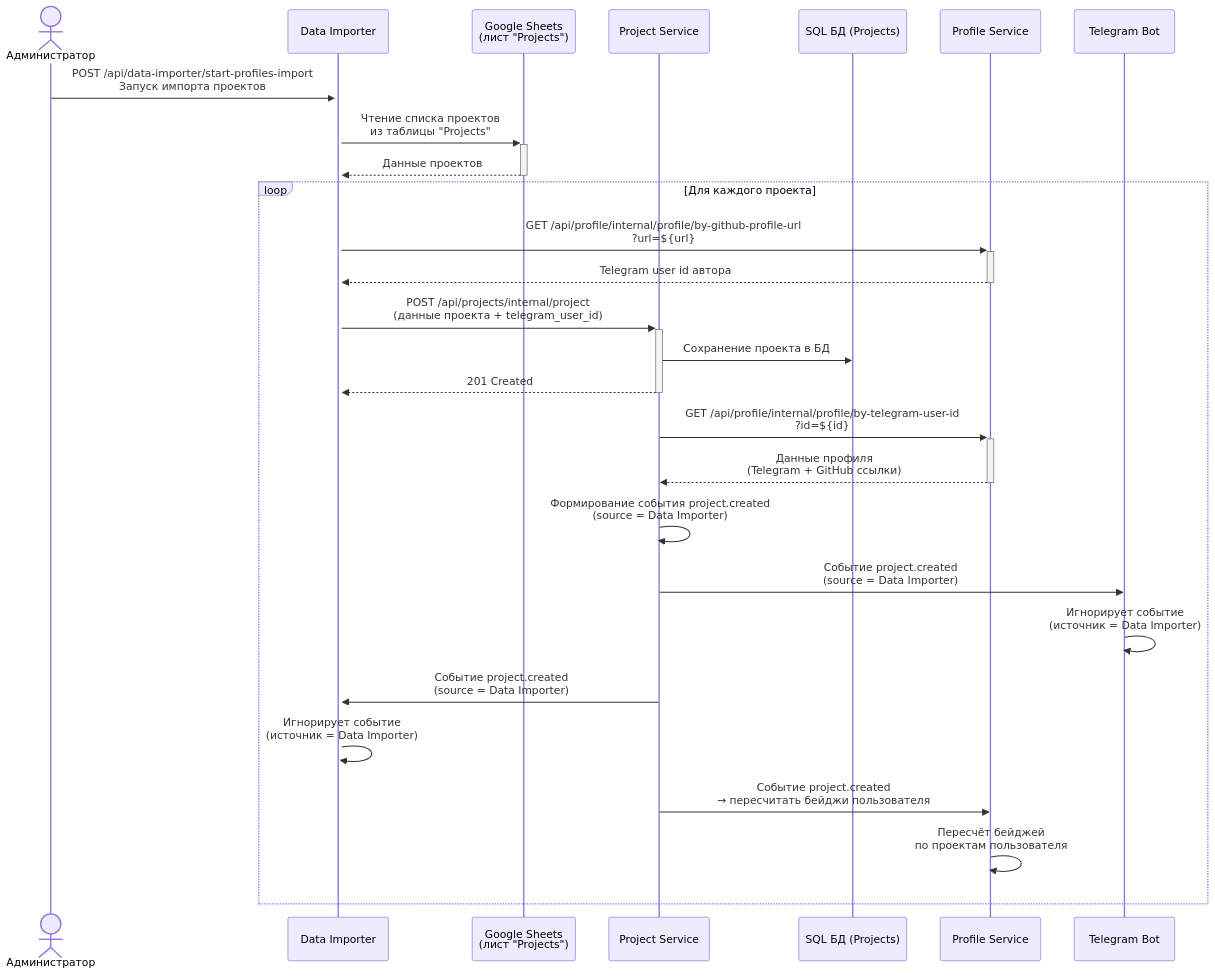
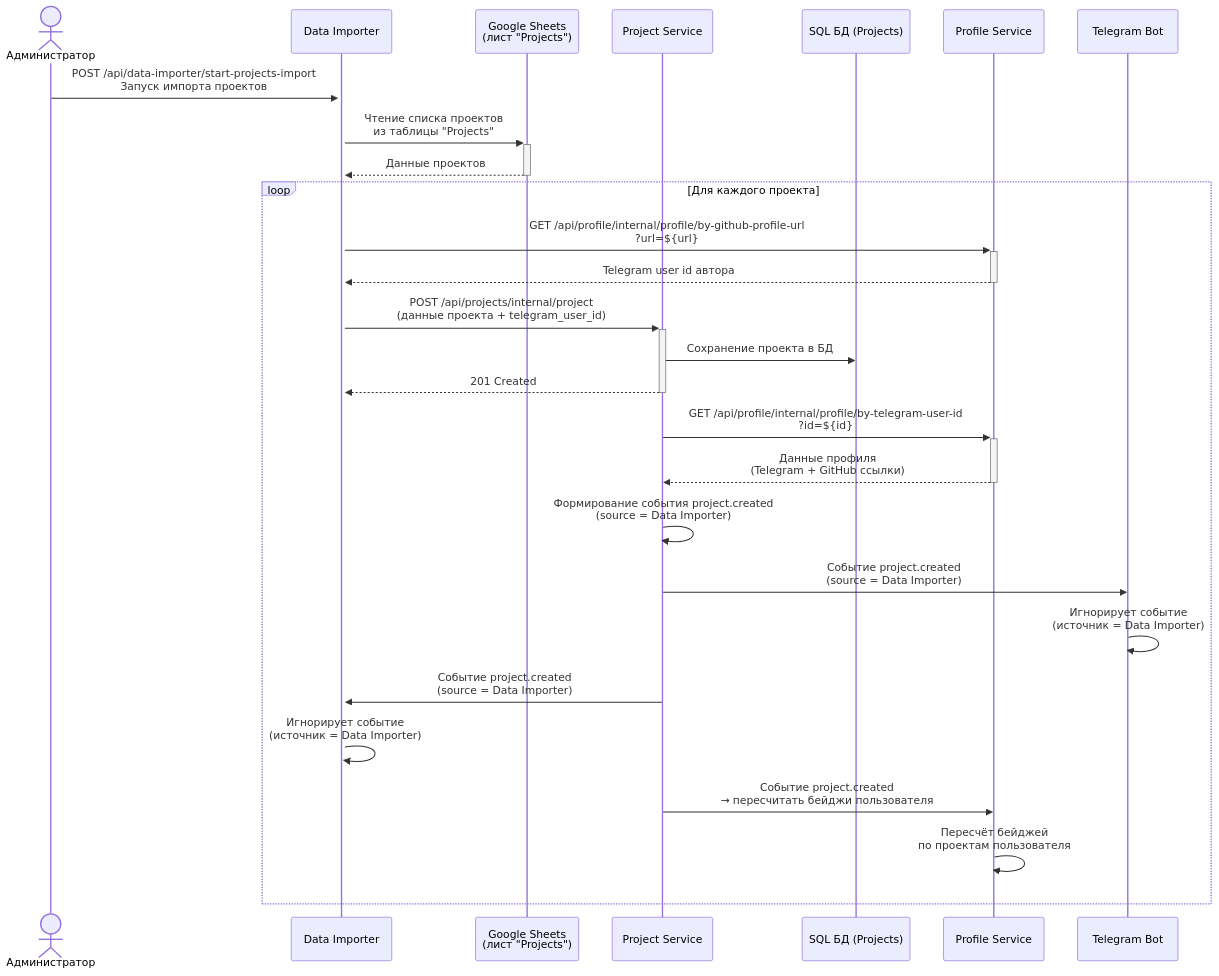
Before and after one commit to it-mentor-community-platform/meta: the third of 3 diagrams in system-analytics/functionality/projects-bookkeeping.md, drawn with Mermaid. The commit also changed other lines of this file, not shown here.

Commit message:
system analytics: projects bookkeeping - typo fix

````diff
--- a/system-analytics/functionality/projects-bookkeeping.md
+++ b/system-analytics/functionality/projects-bookkeeping.md
@@ -113,39 +113,39 @@
 ```mermaid
 sequenceDiagram
     actor Admin as Администратор
     participant DataImporter as Data Importer
     participant GoogleSheet as Google Sheets<br/>(лист "Projects")
     participant ProjectService as Project Service
     participant SQLDB as SQL БД (Projects)
     participant ProfileService as Profile Service
     participant TelegramBot as Telegram Bot
 
-    Admin ->>+ DataImporter: POST /api/data-importer/start-profiles-import<br/>Запуск импорта проектов
+    Admin ->>+ DataImporter: POST /api/data-importer/start-projects-import<br/>Запуск импорта проектов
 
     DataImporter ->>+ GoogleSheet: Чтение списка проектов<br/>из таблицы "Projects"
     GoogleSheet -->>- DataImporter: Данные проектов
 
     loop Для каждого проекта
         DataImporter ->>+ ProfileService: GET /api/profile/internal/profile/by-github-profile-url<br/>?url=${url}
         ProfileService -->>- DataImporter: Telegram user id автора
 
         DataImporter ->>+ ProjectService: POST /api/projects/internal/project<br/>(данные проекта + telegram_user_id)
 
         ProjectService ->> SQLDB: Сохранение проекта в БД
         ProjectService -->>- DataImporter: 201 Created
 
         ProjectService ->>+ ProfileService: GET /api/profile/internal/profile/by-telegram-user-id<br/>?id=${id}
         ProfileService -->>- ProjectService: Данные профиля<br/>(Telegram + GitHub ссылки)
 
         ProjectService ->> ProjectService: Формирование события project.created<br/>(source = Data Importer)
 
         ProjectService ->> TelegramBot: Событие project.created<br/>(source = Data Importer)
         TelegramBot ->> TelegramBot: Игнорирует событие<br/>(источник = Data Importer)
 
         ProjectService ->> DataImporter: Событие project.created<br/>(source = Data Importer)
         DataImporter ->> DataImporter: Игнорирует событие<br/>(источник = Data Importer)
 
         ProjectService ->> ProfileService: Событие project.created<br/>→ пересчитать бейджи пользователя
         ProfileService ->> ProfileService: Пересчёт бейджей<br/>по проектам пользователя
     end
 ```
````
